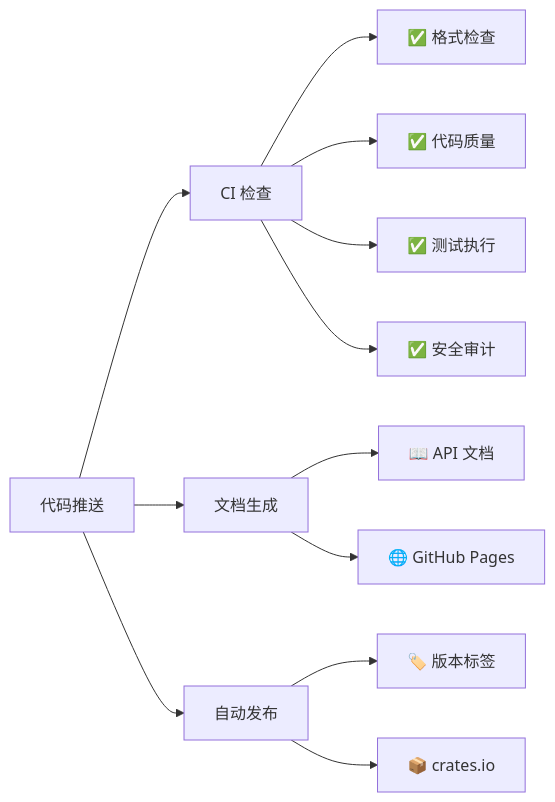
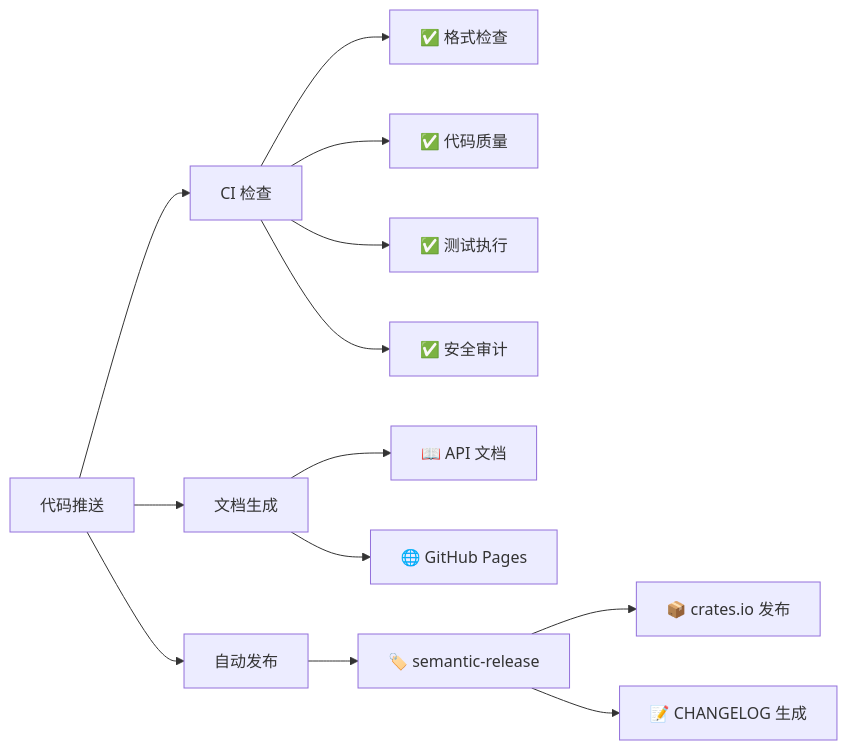
One commit to mudssky/mudssky_utils changed the diagram in .github/docs/README.md. Above: the diagram before and after it, drawn with Mermaid. The commit also changed other lines of this file and 5 other files, not shown here.

````diff
--- a/.github/docs/README.md
+++ b/.github/docs/README.md
@@ -38,17 +45,18 @@
 ```mermaid
 graph LR
     A[代码推送] --> B[CI 检查]
     A --> C[文档生成]
     A --> D[自动发布]
     
     B --> E[✅ 格式检查]
     B --> F[✅ 代码质量]
     B --> G[✅ 测试执行]
     B --> H[✅ 安全审计]
     
     C --> I[📖 API 文档]
     C --> J[🌐 GitHub Pages]
     
-    D --> K[🏷️ 版本标签]
-    D --> L[📦 crates.io]
+    D --> K[🏷️ semantic-release]
+    K --> L[📦 crates.io 发布]
+    K --> M[📝 CHANGELOG 生成]
 ```
````
